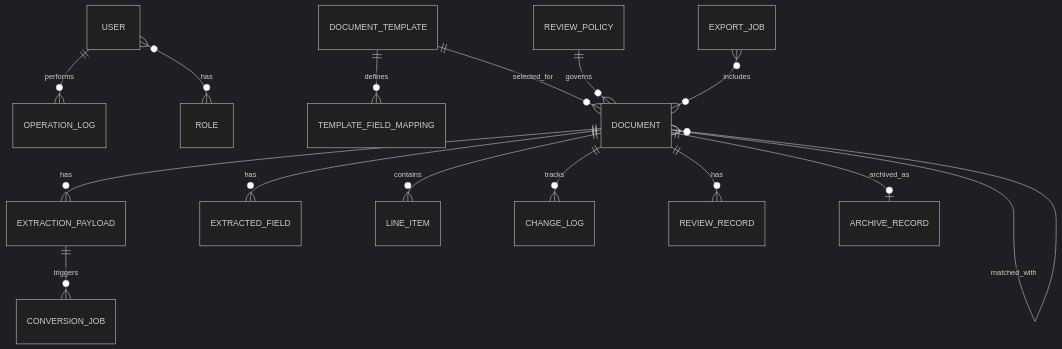
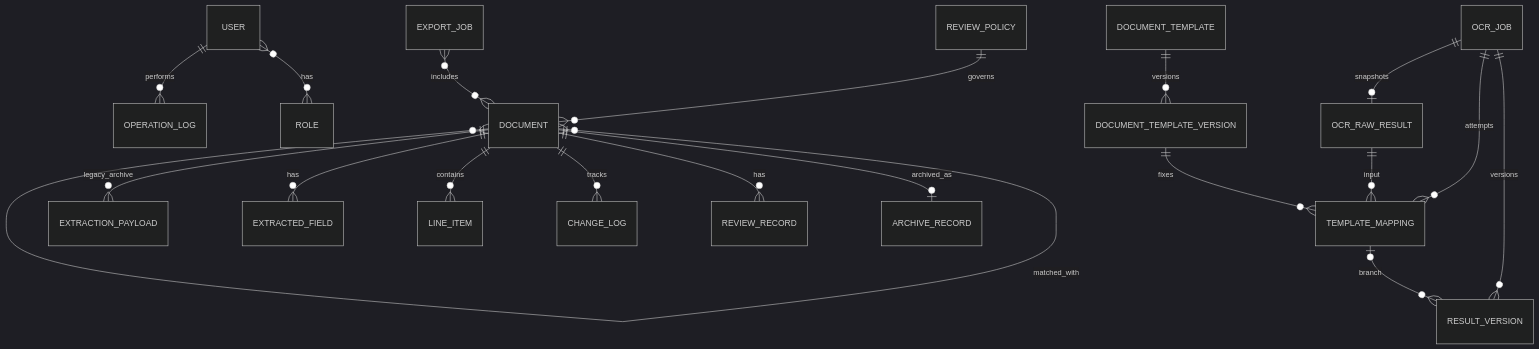
The diagram in docs/30-design/Data-Model.md (aibaba-go/saiflow-monorepo), drawn with Mermaid (dark theme) before and after one commit. The commit also changed other lines of this file and 80 other files, not shown here.

````diff
--- a/docs/30-design/Data-Model.md
+++ b/docs/30-design/Data-Model.md
@@ -19,17 +19,21 @@
 ```mermaid
 erDiagram
   USER ||--o{ OPERATION_LOG : performs
   USER }o--o{ ROLE : has
-  DOCUMENT_TEMPLATE ||--o{ TEMPLATE_FIELD_MAPPING : defines
-  DOCUMENT_TEMPLATE ||--o{ DOCUMENT : selected_for
-  DOCUMENT ||--o{ EXTRACTION_PAYLOAD : has
-  EXTRACTION_PAYLOAD ||--o{ CONVERSION_JOB : triggers
+  DOCUMENT_TEMPLATE ||--o{ DOCUMENT_TEMPLATE_VERSION : versions
+  OCR_JOB ||--o| OCR_RAW_RESULT : snapshots
+  OCR_JOB ||--o{ TEMPLATE_MAPPING : attempts
+  OCR_RAW_RESULT ||--o{ TEMPLATE_MAPPING : input
+  DOCUMENT_TEMPLATE_VERSION ||--o{ TEMPLATE_MAPPING : fixes
+  OCR_JOB ||--o{ RESULT_VERSION : versions
+  TEMPLATE_MAPPING o|--o{ RESULT_VERSION : branch
+  DOCUMENT ||--o{ EXTRACTION_PAYLOAD : legacy_archive
   DOCUMENT ||--o{ EXTRACTED_FIELD : has
   DOCUMENT ||--o{ LINE_ITEM : contains
   DOCUMENT ||--o{ CHANGE_LOG : tracks
   DOCUMENT ||--o{ REVIEW_RECORD : has
   REVIEW_POLICY ||--o{ DOCUMENT : governs
   DOCUMENT ||--o| ARCHIVE_RECORD : archived_as
   DOCUMENT }o--o{ DOCUMENT : matched_with
   EXPORT_JOB }o--o{ DOCUMENT : includes
 ```
````
